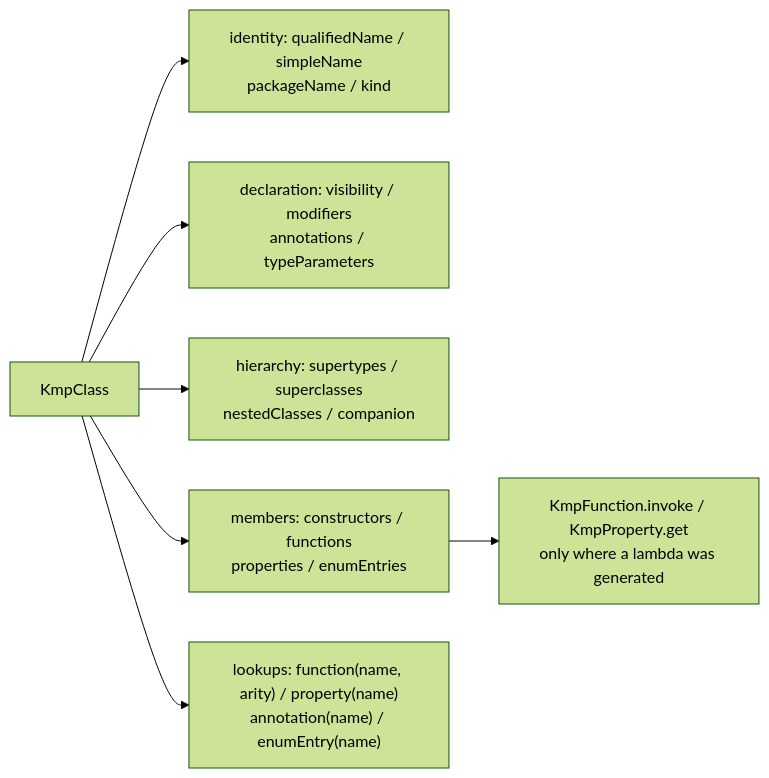
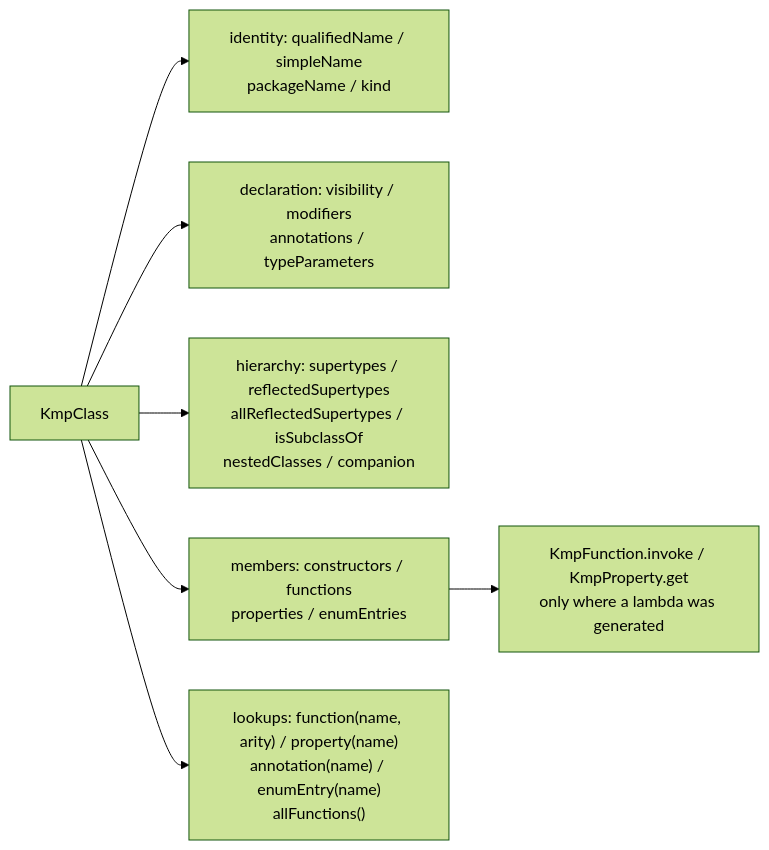
Before and after one commit to shijianjs/kmp-reflect: the first of 2 diagrams in docs/src/jsMain/resources/docs/guide/metadata.md, drawn with Mermaid (forest theme). The commit also changed other lines of this file and 14 other files, not shown here.

````diff
--- a/docs/src/jsMain/resources/docs/guide/metadata.md
+++ b/docs/src/jsMain/resources/docs/guide/metadata.md
@@ -33,9 +35,9 @@
 ```mermaid
 flowchart LR
     C["KmpClass"] --> N["identity: qualifiedName / simpleName<br/>packageName / kind"]
     C --> M["declaration: visibility / modifiers<br/>annotations / typeParameters"]
-    C --> H["hierarchy: supertypes / superclasses<br/>nestedClasses / companion"]
+    C --> H["hierarchy: supertypes / reflectedSupertypes<br/>allReflectedSupertypes / isSubclassOf<br/>nestedClasses / companion"]
     C --> MB["members: constructors / functions<br/>properties / enumEntries"]
-    C --> L["lookups: function(name, arity) / property(name)<br/>annotation(name) / enumEntry(name)"]
+    C --> L["lookups: function(name, arity) / property(name)<br/>annotation(name) / enumEntry(name)<br/>allFunctions()"]
     MB --> INV["KmpFunction.invoke / KmpProperty.get<br/>only where a lambda was generated"]
 ```
````
